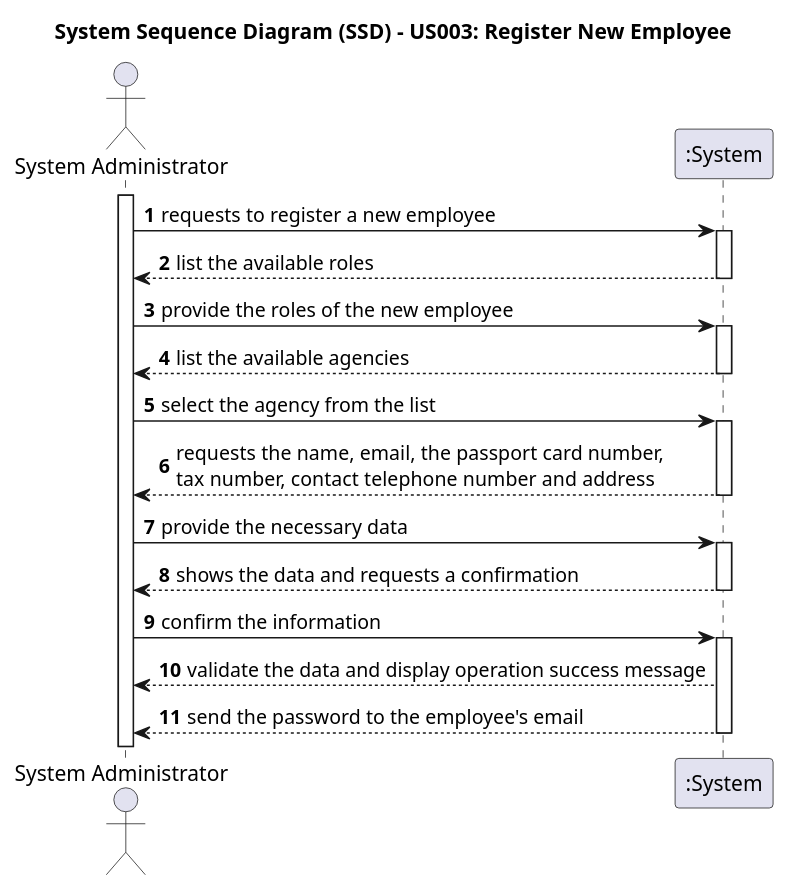
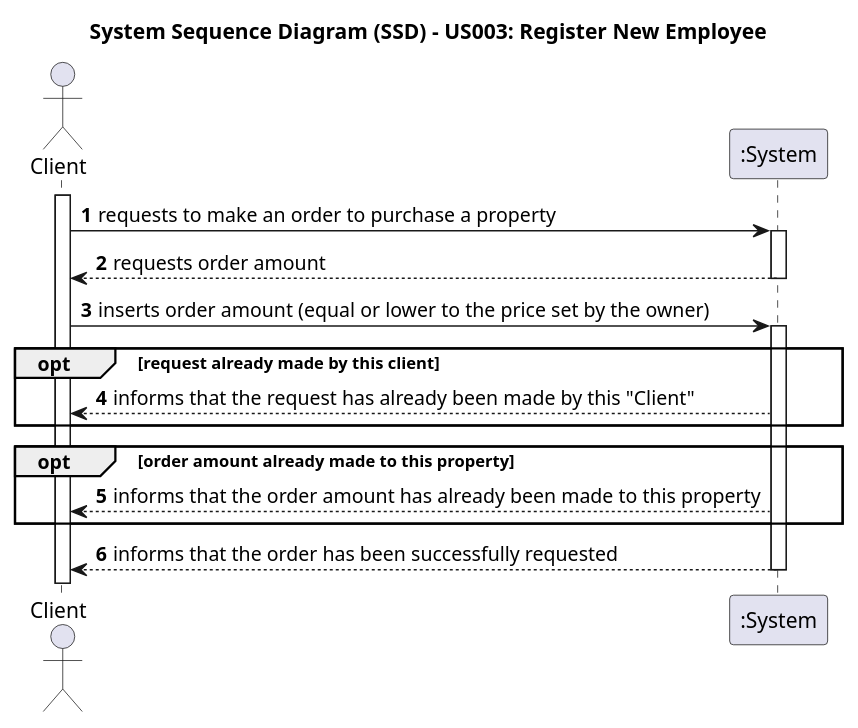
Before and after one commit to Goncalves2525/real-estate-management-system: the diagram in docs/sprintC/us003/01.requirements-engineering/puml/us003-system-sequence-diagram.puml, drawn with PlantUML. The commit also changed 2 other files, not shown here.

```diff
--- a/docs/sprintC/us003/01.requirements-engineering/puml/us003-system-sequence-diagram.puml
+++ b/docs/sprintC/us003/01.requirements-engineering/puml/us003-system-sequence-diagram.puml
@@ -1,54 +1,36 @@
 @startuml
 skinparam monochrome false
 skinparam packageStyle rectangle
 skinparam shadowing false
 
 title System Sequence Diagram (SSD) - US003: Register New Employee
 
 autonumber
 
-actor "System Administrator" as Admin
+actor "Client" as Client
 participant ":System" as System
 
-activate Admin
+activate Client
 
-    Admin -> System : requests to register a new employee
+    Client -> System : requests to make an order to purchase a property
     activate System
 
-    System --> Admin : list the available roles
+    System --> Client : requests order amount
     deactivate System
 
-    Admin -> System : provide the roles of the new employee
+    Client -> System : inserts order amount (equal or lower to the price set by the owner)
     activate System
 
+    opt request already made by this client
+           System --> Client : informs that the request has already been made by this "Client"
+    end
+
+    opt order amount already made to this property
+           System --> Client : informs that the order amount has already been made to this property
+    end
+
+    System --> Client : informs that the order has been successfully requested
+    deactivate System
 
 
-    System --> Admin : list the available agencies
-    deactivate System
-
-    Admin -> System : select the agency from the list
-        activate System
-
-
-
-    System --> Admin : requests the name, email, the passport card number,   \ntax number, contact telephone number and address
-    deactivate System
-
-    Admin -> System : provide the necessary data
-        activate System
-
-
-
-
-    System --> Admin : shows the data and requests a confirmation
-    deactivate System
-
-    Admin -> System : confirm the information
-    activate System
-
-    System --> Admin : validate the data and display operation success message
-    System --> Admin : send the password to the employee's email
-
-    deactivate System
-
 @enduml
```
